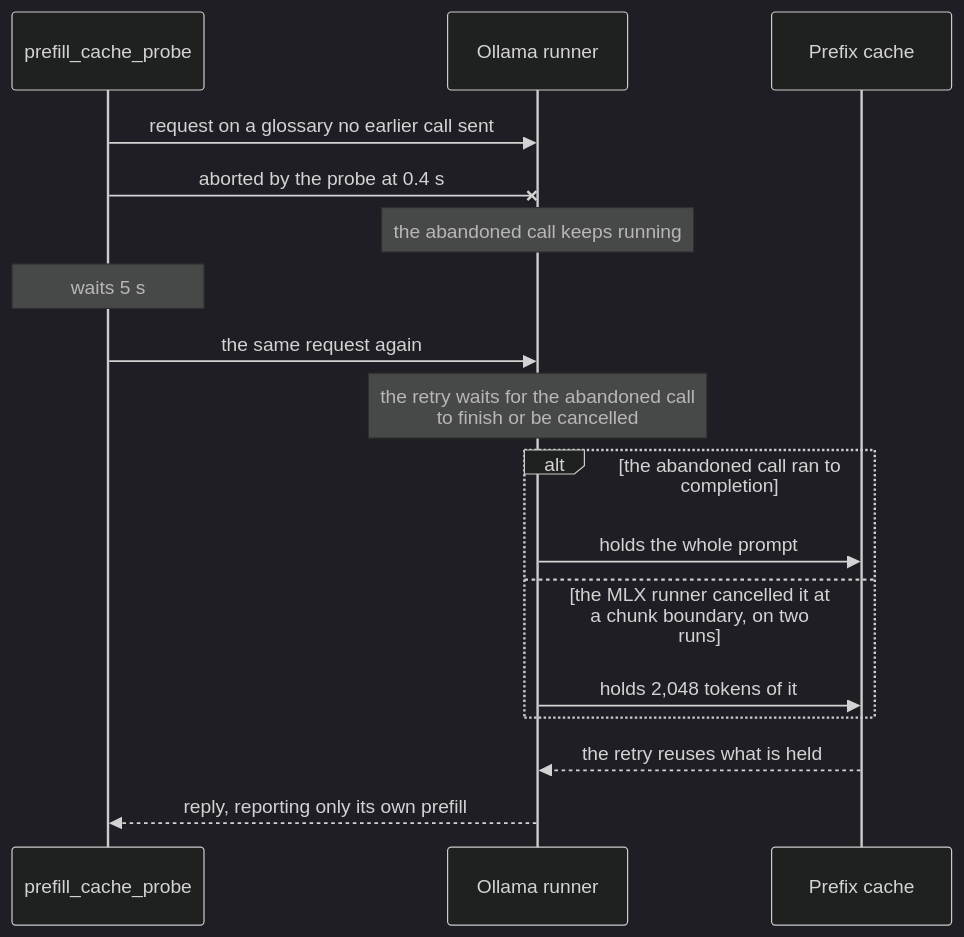
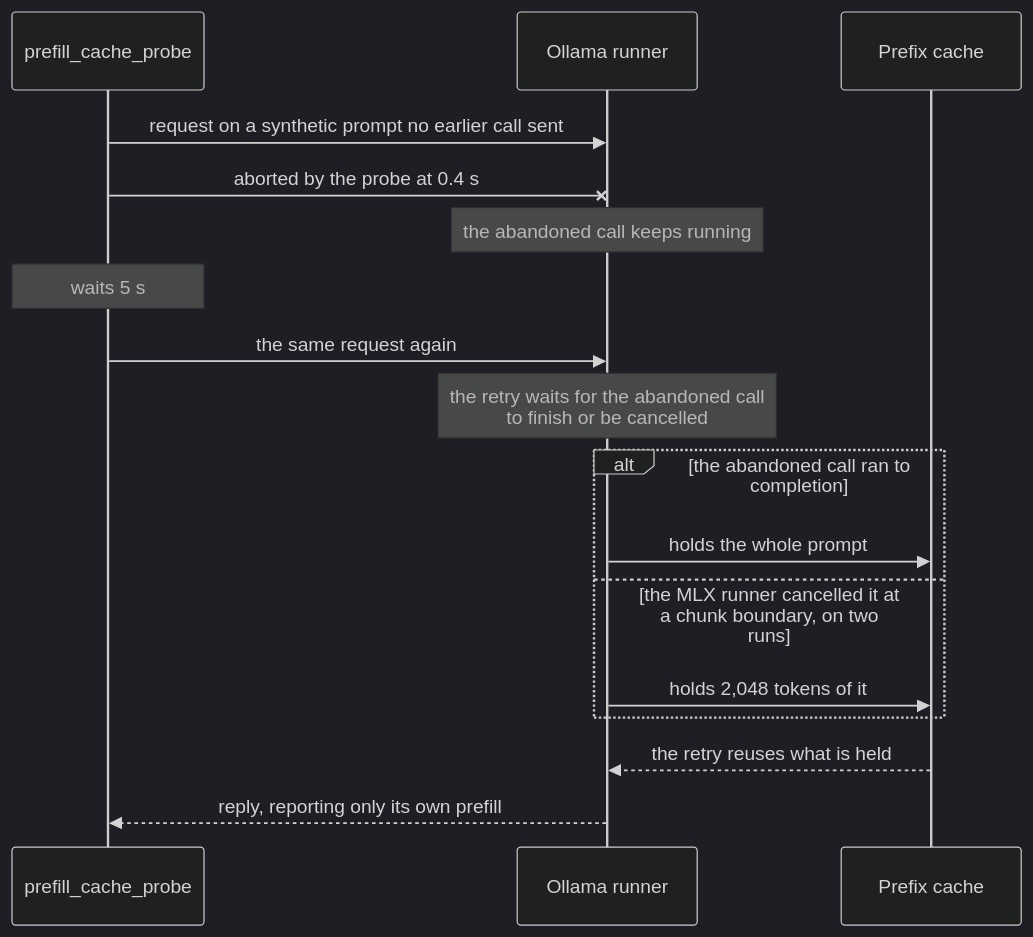
One commit to freemansoft/Flutter-AdaptiveCards changed the third of 3 diagrams in adaptive_chat_server_dart/blog/article-8-prompt-cache-draft.md. Above: the diagram before and after it, drawn with Mermaid (dark theme). The commit also changed other lines of this file and 2 other files, not shown here.

````diff
--- a/adaptive_chat_server_dart/blog/article-8-prompt-cache-draft.md
+++ b/adaptive_chat_server_dart/blog/article-8-prompt-cache-draft.md
@@ -319,19 +328,19 @@
 ```mermaid
 sequenceDiagram
   participant P as prefill_cache_probe
   participant O as Ollama runner
   participant C as Prefix cache
-  P->>O: request on a glossary no earlier call sent
+  P->>O: request on a synthetic prompt no earlier call sent
   P-xO: aborted by the probe at 0.4 s
   Note over O: the abandoned call keeps running
   Note over P: waits 5 s
   P->>O: the same request again
   Note over O: the retry waits for the abandoned call<br/>to finish or be cancelled
   alt the abandoned call ran to completion
     O->>C: holds the whole prompt
   else the MLX runner cancelled it at a chunk boundary, on two runs
     O->>C: holds 2,048 tokens of it
   end
   C-->>O: the retry reuses what is held
   O-->>P: reply, reporting only its own prefill
 ```
````
